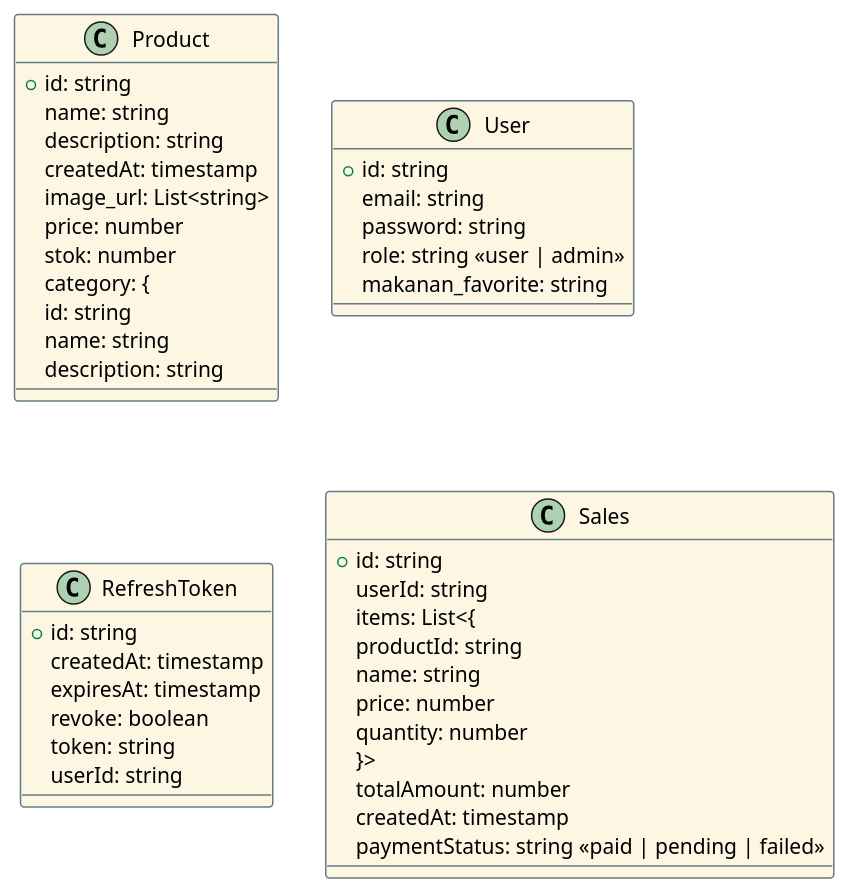
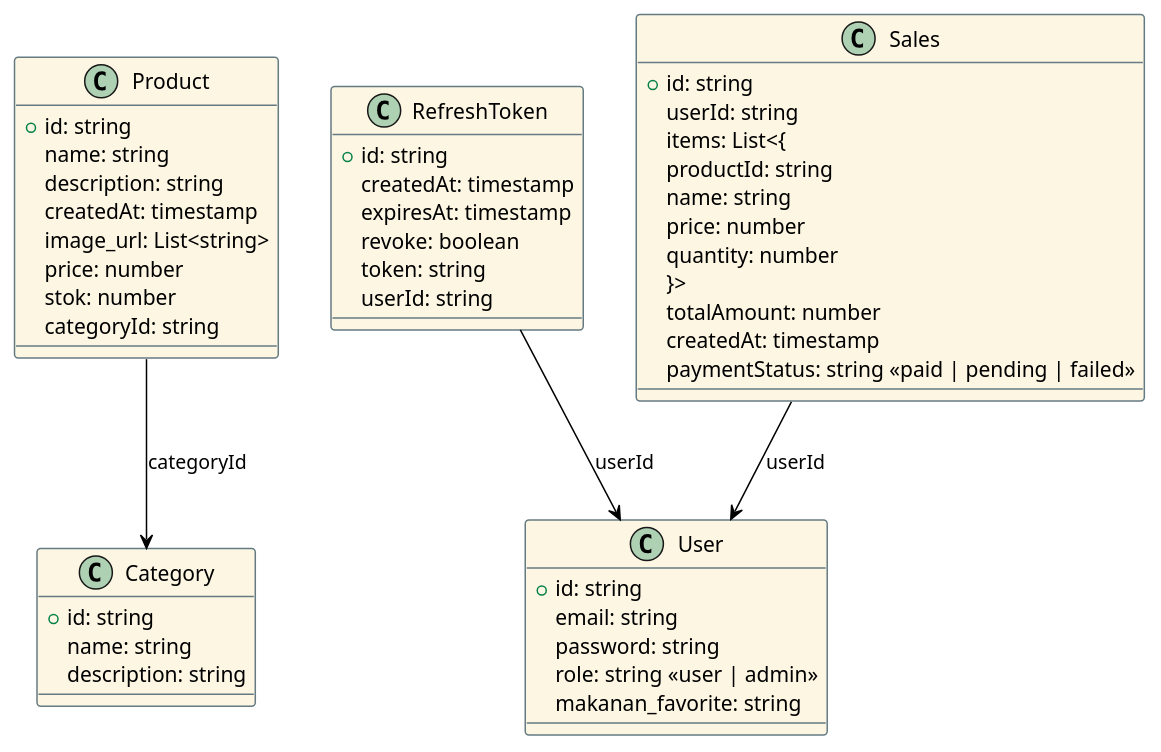
Before and after one commit to ren-zi-fa/market-cloths: the diagram in diagram/database.puml, drawn with PlantUML. The commit also changed 1 other file, not shown here.

Commit message:
refactor: update database diagram to reflect category structure and relationships

```diff
--- a/diagram/database.puml
+++ b/diagram/database.puml
@@ -1,61 +1,69 @@
 @startuml market_cloths
 
 ' Styling
 skinparam class {
   BackgroundColor #FDF6E3
   BorderColor #657B83
   BorderThickness 1
   ArrowColor Black
 }
 
-' Product Document (Category embedded)
+' Category Collection
+class Category {
+  + id: string
+  name: string
+  description: string
+}
+
+' Product Collection
 class Product {
   + id: string
   name: string
   description: string
   createdAt: timestamp
   image_url: List<string>
   price: number
   stok: number
-  category: {
-    id: string
-    name: string
-    description: string
-  }
+  categoryId: string
+}
 
-
-' User Document
+' User Collection
 class User {
   + id: string
   email: string
   password: string
   role: string <<user | admin>>
   makanan_favorite: string
 }
 
-' Refresh Token Document (userId as ref)
+' Refresh Token Collection
 class RefreshToken {
   + id: string
   createdAt: timestamp
   expiresAt: timestamp
   revoke: boolean
   token: string
   userId: string
 }
 
-' Sales Document
+' Sales Collection
 class Sales {
   + id: string
   userId: string
   items: List<{
     productId: string
     name: string
     price: number
     quantity: number
   }>
   totalAmount: number
   createdAt: timestamp
   paymentStatus: string <<paid | pending | failed>>
 }
 
+' Relationships
+Product --> Category : categoryId
+Sales --> User : userId
+RefreshToken --> User : userId
+
 @enduml
```
